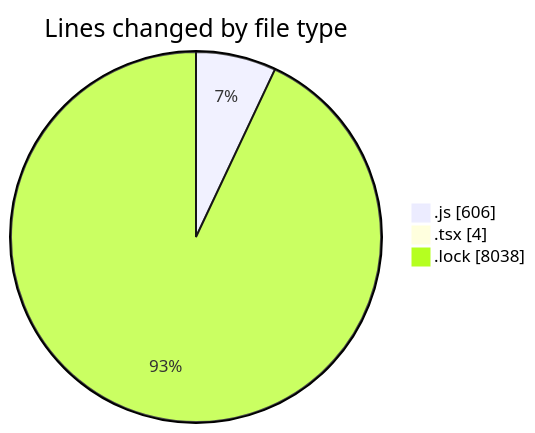
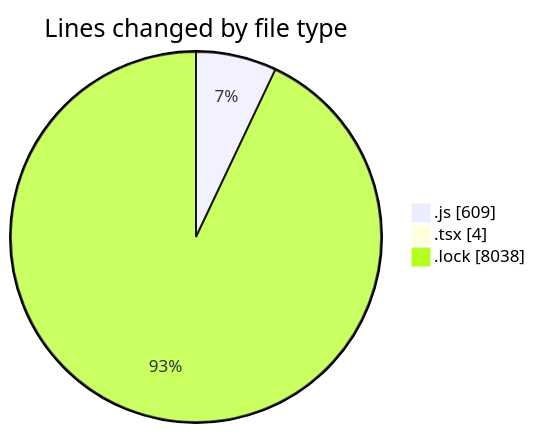
One commit to momahboobian/code-tracking changed the first of 2 diagrams in 2025-03-11/cda/README.md. Above: the diagram before and after it, drawn with Mermaid. The commit also changed other lines of this file and 1 other file, not shown here.

````diff
--- a/2025-03-11/cda/README.md
+++ b/2025-03-11/cda/README.md
@@ -30,7 +30,7 @@
 ```mermaid
 pie showData
 title Lines changed by file type
-".js" : 606
+".js" : 609
 ".tsx" : 4
 ".lock" : 8038
 ```
````
